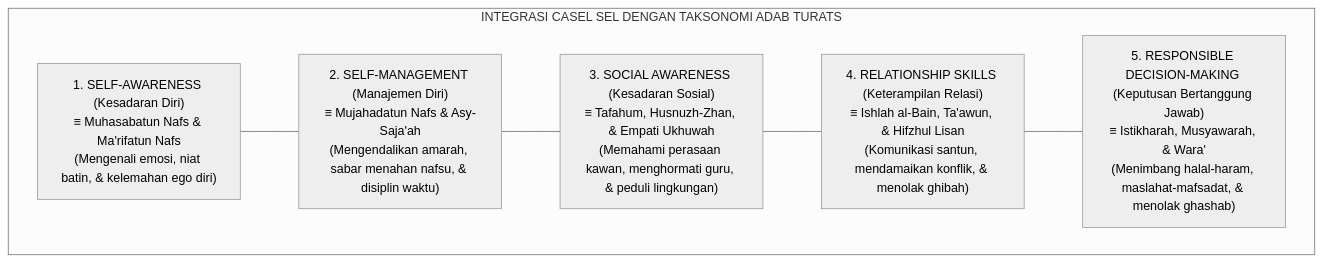
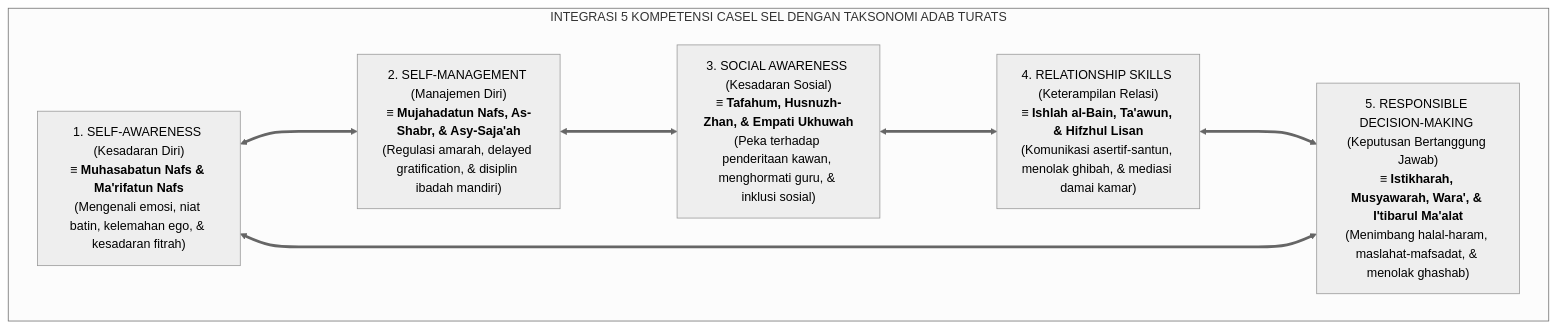
The first of 4 diagrams in BOOK-SERIES/Volume-02/Bab-01-Arsitektur-Kapasitas-Holistik-Berbasis-Fitrah/03-Integrasi-Taksonomi-Adab-Turats-dengan-CASEL-SEL.md (wandiapriliyandi/tumbuh), drawn with Mermaid (neutral theme) before and after one commit. The commit also changed other lines of this file and 18 other files, not shown here.

````diff
--- a/BOOK-SERIES/Volume-02/Bab-01-Arsitektur-Kapasitas-Holistik-Berbasis-Fitrah/03-Integrasi-Taksonomi-Adab-Turats-dengan-CASEL-SEL.md
+++ b/BOOK-SERIES/Volume-02/Bab-01-Arsitektur-Kapasitas-Holistik-Berbasis-Fitrah/03-Integrasi-Taksonomi-Adab-Turats-dengan-CASEL-SEL.md
@@ -18,16 +18,20 @@
 ```mermaid
 graph TD
-    subgraph CASEL_TUMBUH["INTEGRASI CASEL SEL DENGAN TAKSONOMI ADAB TURATS"]
-        C1["1. SELF-AWARENESS (Kesadaran Diri)<br/>≡ Muhasabatun Nafs & Ma'rifatun Nafs<br/>(Mengenali emosi, niat batin, & kelemahan ego diri)"]
+    subgraph CASEL_TUMBUH["INTEGRASI 5 KOMPETENSI CASEL SEL DENGAN TAKSONOMI ADAB TURATS"]
+        C1["1. SELF-AWARENESS (Kesadaran Diri)<br/><b>≡ Muhasabatun Nafs & Ma'rifatun Nafs</b><br/>(Mengenali emosi, niat batin, kelemahan ego, & kesadaran fitrah)"]
         
-        C2["2. SELF-MANAGEMENT (Manajemen Diri)<br/>≡ Mujahadatun Nafs & Asy-Saja'ah<br/>(Mengendalikan amarah, sabar menahan nafsu, & disiplin waktu)"]
+        C2["2. SELF-MANAGEMENT (Manajemen Diri)<br/><b>≡ Mujahadatun Nafs, As-Shabr, & Asy-Saja'ah</b><br/>(Regulasi amarah, delayed gratification, & disiplin ibadah mandiri)"]
         
-        C3["3. SOCIAL AWARENESS (Kesadaran Sosial)<br/>≡ Tafahum, Husnuzh-Zhan, & Empati Ukhuwah<br/>(Memahami perasaan kawan, menghormati guru, & peduli lingkungan)"]
+        C3["3. SOCIAL AWARENESS (Kesadaran Sosial)<br/><b>≡ Tafahum, Husnuzh-Zhan, & Empati Ukhuwah</b><br/>(Peka terhadap penderitaan kawan, menghormati guru, & inklusi sosial)"]
         
-        C4["4. RELATIONSHIP SKILLS (Keterampilan Relasi)<br/>≡ Ishlah al-Bain, Ta'awun, & Hifzhul Lisan<br/>(Komunikasi santun, mendamaikan konflik, & menolak ghibah)"]
+        C4["4. RELATIONSHIP SKILLS (Keterampilan Relasi)<br/><b>≡ Ishlah al-Bain, Ta'awun, & Hifzhul Lisan</b><br/>(Komunikasi asertif-santun, menolak ghibah, & mediasi damai kamar)"]
         
-        C5["5. RESPONSIBLE DECISION-MAKING (Keputusan Bertanggung Jawab)<br/>≡ Istikharah, Musyawarah, & Wara'<br/>(Menimbang halal-haram, maslahat-mafsadat, & menolak ghashab)"]
+        C5["5. RESPONSIBLE DECISION-MAKING (Keputusan Bertanggung Jawab)<br/><b>≡ Istikharah, Musyawarah, Wara', & I'tibarul Ma'alat</b><br/>(Menimbang halal-haram, maslahat-mafsadat, & menolak ghashab)"]
         
-        C1 --- C2 --- C3 --- C4 --- C5
+        C1 <===> C2
+        C2 <===> C3
+        C3 <===> C4
+        C4 <===> C5
+        C5 <===> C1
     end
 ```
````
